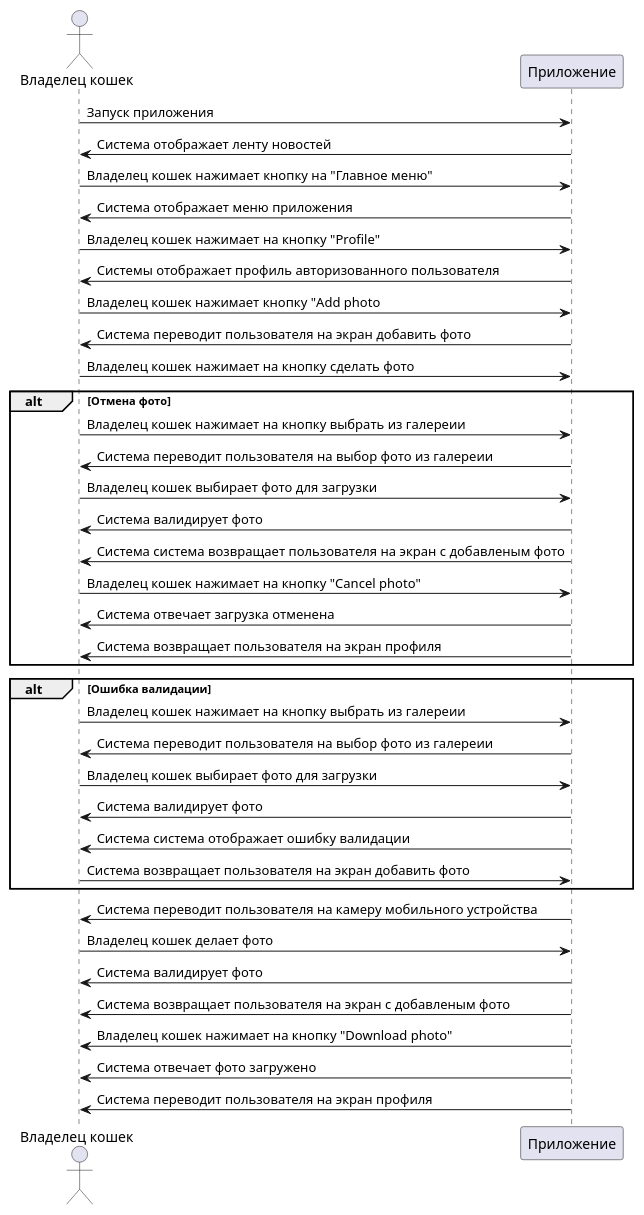
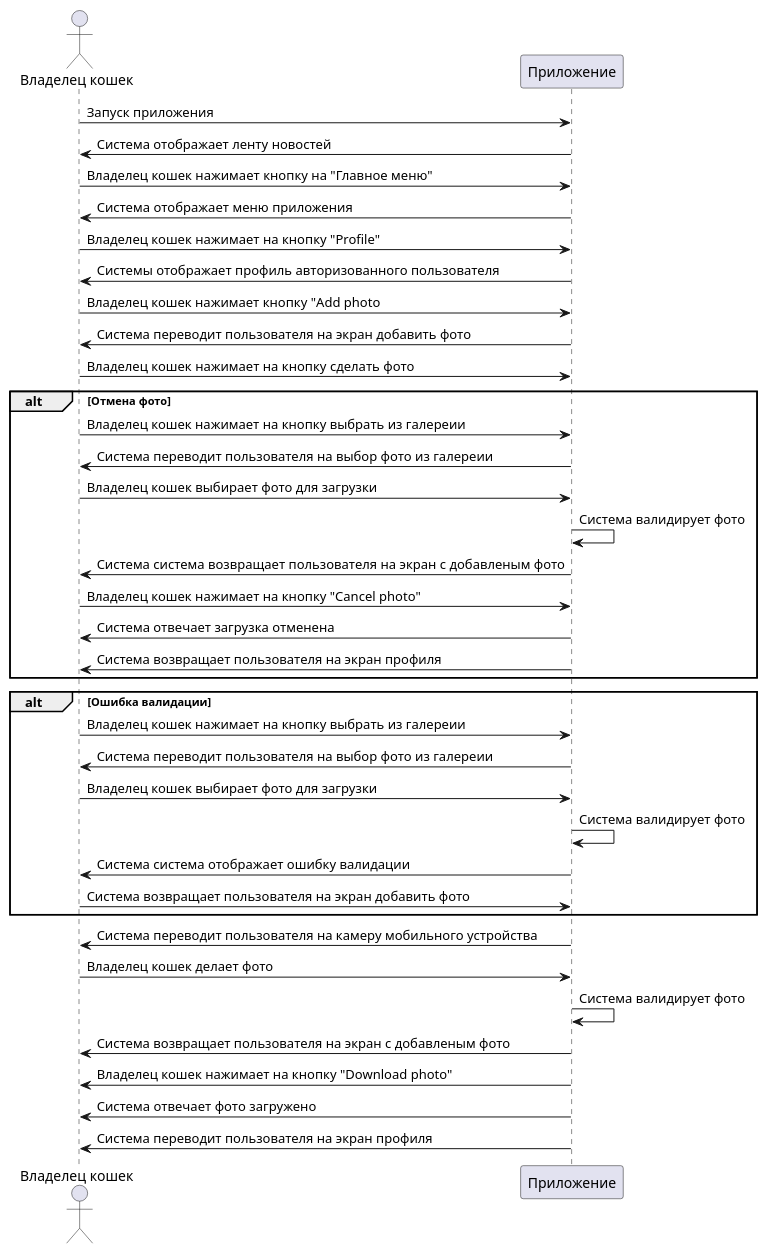
The diagram in src/docs/asciidoc/uml/add_photo.puml (nikitcat/requirements.github.io), drawn with PlantUML before and after one commit. The commit also changed 2 other files, not shown here.

Commit message:
исправлены uml

```diff
--- a/src/docs/asciidoc/uml/add_photo.puml
+++ b/src/docs/asciidoc/uml/add_photo.puml
@@ -1,39 +1,39 @@
 @startuml
 actor "Владелец кошек" as User
 participant "Приложение" as App
 
 User -> App: Запуск приложения
 App -> User: Система отображает ленту новостей
 User -> App: Владелец кошек нажимает кнопку на "Главное меню"
 App -> User: Система отображает меню приложения
 User -> App: Владелец кошек нажимает на кнопку "Profile"
 App -> User: Системы отображает профиль авторизованного пользователя
 User -> App: Владелец кошек нажимает кнопку "Add photo
 App -> User: Система переводит пользователя на экран добавить фото
 User -> App: Владелец кошек нажимает на кнопку сделать фото
 alt Отмена фото
 User -> App: Владелец кошек нажимает на кнопку выбрать из галереии
 App -> User: Система переводит пользователя на выбор фото из галереии
 User -> App: Владелец кошек выбирает фото для загрузки
-App -> User: Система валидирует фото
+App -> App: Система валидирует фото
 App -> User: Система система возвращает пользователя на экран с добавленым фото
 User -> App: Владелец кошек нажимает на кнопку "Cancel photo"
 App -> User: Система отвечает загрузка отменена
 App -> User: Система возвращает пользователя на экран профиля
 end
 alt Ошибка валидации
 User -> App: Владелец кошек нажимает на кнопку выбрать из галереии
 App -> User: Система переводит пользователя на выбор фото из галереии
 User -> App: Владелец кошек выбирает фото для загрузки
-App -> User: Система валидирует фото
+App -> App: Система валидирует фото
 App -> User: Система система отображает ошибку валидации
 User -> App: Система возвращает пользователя на экран добавить фото
 end
 App -> User: Система переводит пользователя на камеру мобильного устройства
 User -> App: Владелец кошек делает фото
-App -> User: Система валидирует фото
+App -> App: Система валидирует фото
 App -> User: Система возвращает пользователя на экран с добавленым фото
 App -> User: Владелец кошек нажимает на кнопку "Download photo"
 App -> User: Система отвечает фото загружено
 App -> User: Система переводит пользователя на экран профиля
 @enduml
```
